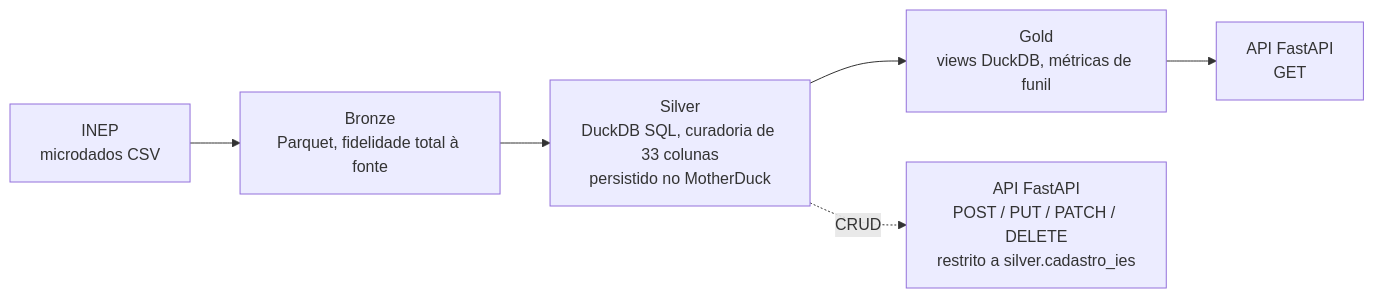
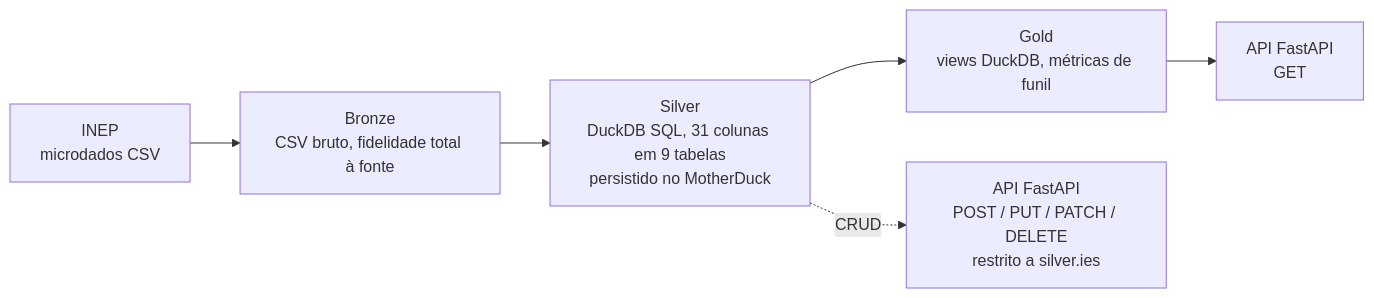
The diagram in README.md (HugoBSantos/higher-education-census), drawn with Mermaid before and after one commit. The commit also changed other lines of this file and 3 other files, not shown here.

First line of the commit message:
feat: implement silver layer and load it into MotherDuck

````diff
--- a/README.md
+++ b/README.md
@@ -51,8 +54,8 @@
 ```mermaid
 flowchart LR
-    A[INEP<br/>microdados CSV] --> B[Bronze<br/>Parquet, fidelidade total à fonte]
-    B --> C[Silver<br/>DuckDB SQL, curadoria de 33 colunas<br/>persistido no MotherDuck]
+    A[INEP<br/>microdados CSV] --> B[Bronze<br/>CSV bruto, fidelidade total à fonte]
+    B --> C[Silver<br/>DuckDB SQL, 31 colunas em 9 tabelas<br/>persistido no MotherDuck]
     C --> D[Gold<br/>views DuckDB, métricas de funil]
     D --> E[API FastAPI<br/>GET]
-    C -.CRUD.-> F[API FastAPI<br/>POST / PUT / PATCH / DELETE<br/>restrito a silver.cadastro_ies]
+    C -.CRUD.-> F[API FastAPI<br/>POST / PUT / PATCH / DELETE<br/>restrito a silver.ies]
 ```
````
